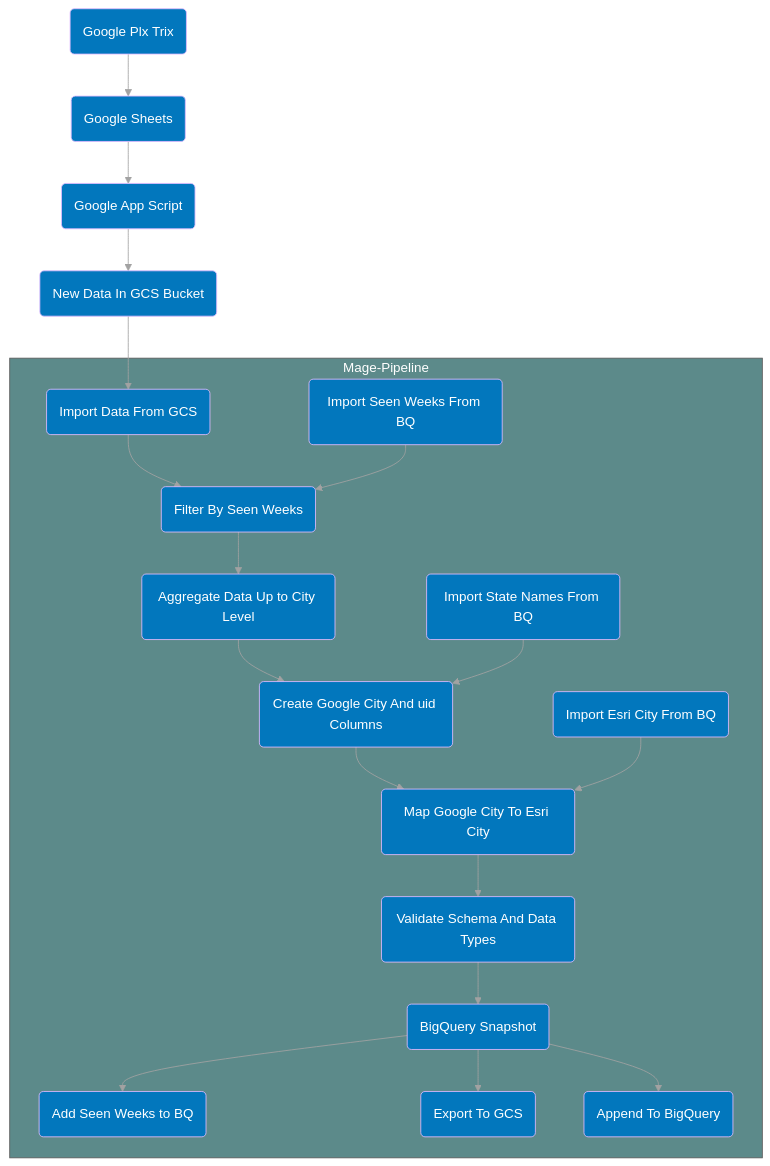
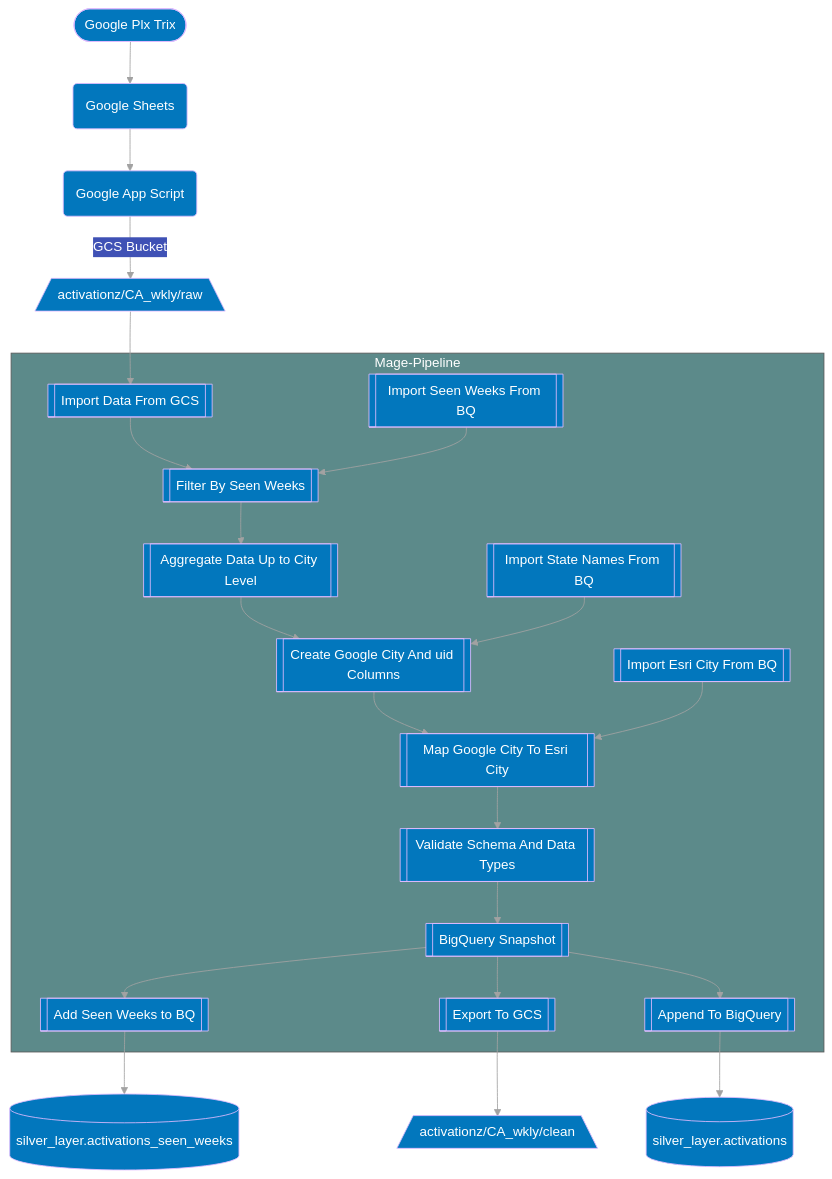
Before and after one commit to CarrierOps/1P-Wiki: the diagram in documentation/pipelines/ca_activations.md, drawn with Mermaid. The commit also changed other lines of this file and 7 other files, not shown here.

````diff
--- a/documentation/pipelines/ca_activations.md
+++ b/documentation/pipelines/ca_activations.md
@@ -11,55 +11,64 @@
 ```mermaid
 flowchart TD
 %%{
   init: {
     'theme': 'base',
     'themeVariables': {
       'primaryColor': '#0277bd',
       'primaryTextColor': '#ffffff',
       'primaryBorderColor': '#e0bbff',
       'lineColor': '#a2a2a2',
       'secondaryColor': '#3f51b5',
       'tertiaryColor': '#5c8a8a',
       'tertiaryTextColor': '#ffffff'
     }
   }
 }%%
 
-id0(Google Plx Trix)
+id0([Google Plx Trix])
 id00(Google Sheets)
 id000(Google App Script)
-id0000(New Data In GCS Bucket)
+id0000[/activationz/CA_wkly/raw\]
 id0-->id00
 id00 --> id000
-id000 --> id0000
+id000--GCS Bucket --> id0000
 id0000 -->id1
 
 subgraph Mage-Pipeline
-id1(Import Data From GCS)
-id2(Import State Names From BQ)
-id3(Import Seen Weeks From BQ)
-id4(Import Esri City From BQ)
-id5(Filter By Seen Weeks)
+id1[[Import Data From GCS]]
+id2[[Import State Names From BQ]]
+id3[[Import Seen Weeks From BQ]]
+id4[[Import Esri City From BQ]]
+id5[[Filter By Seen Weeks]]
 id1 --> id5
 id3 --> id5
-id6(Aggregate Data Up to City Level)
+id6[[Aggregate Data Up to City Level]]
 id5 --> id6
-id7(Create Google City And uid Columns)
+id7[[Create Google City And uid Columns]]
 id6 --> id7
 id2 --> id7
-id8(Map Google City To Esri City)
+id8[[Map Google City To Esri City]]
 id7 --> id8
 id4 --> id8
-id9(Validate Schema And Data Types)
+id9[[Validate Schema And Data Types]]
 id8 --> id9
-id10(BigQuery Snapshot)
+id10[[BigQuery Snapshot]]
 id9 --> id10
-id11(Add Seen Weeks to BQ)
+id11[[Add Seen Weeks to BQ]]
 id10 --> id11
-id12(Export To GCS)
-id13(Append To BigQuery)
+id12[[Export To GCS]]
+id13[[Append To BigQuery]]
 id10 --> id12
 id10 -->id13
 end
 
+id14[(silver_layer.activations_seen_weeks)]
+id15[(silver_layer.activations)]
+id16[/activationz/CA_wkly/clean\]
+
+id11--> id14
+id13-->id15
+id12 --> id16
+
+
 ```
````
